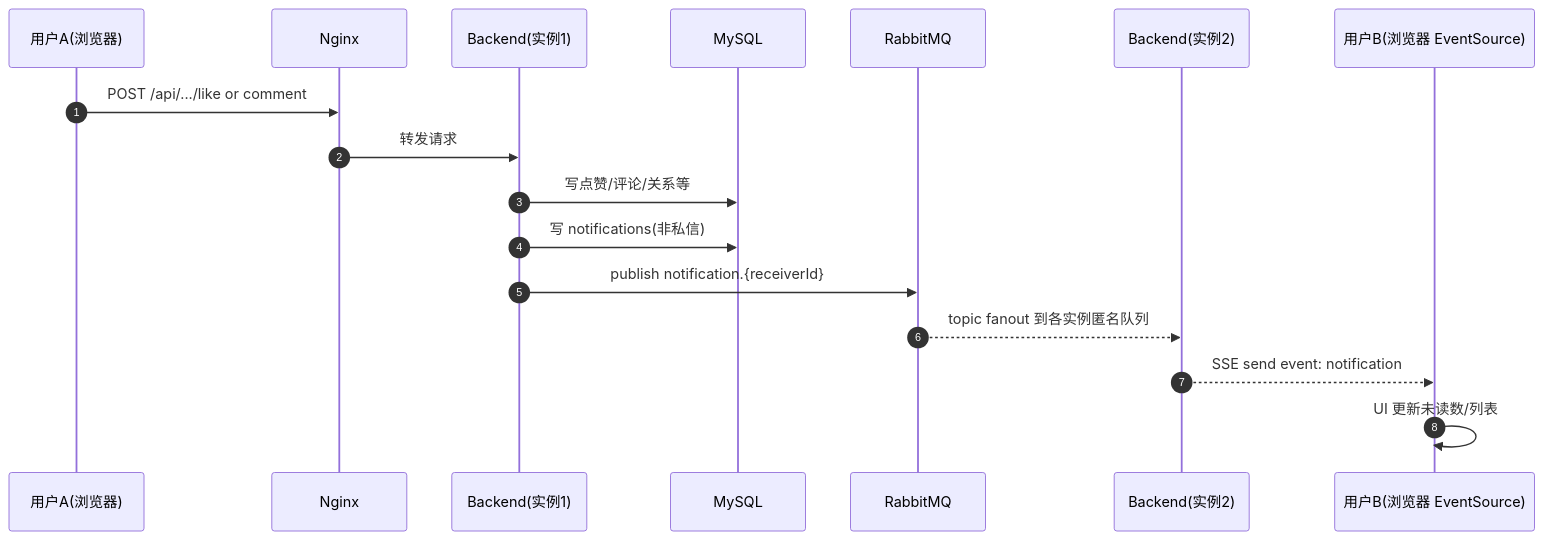
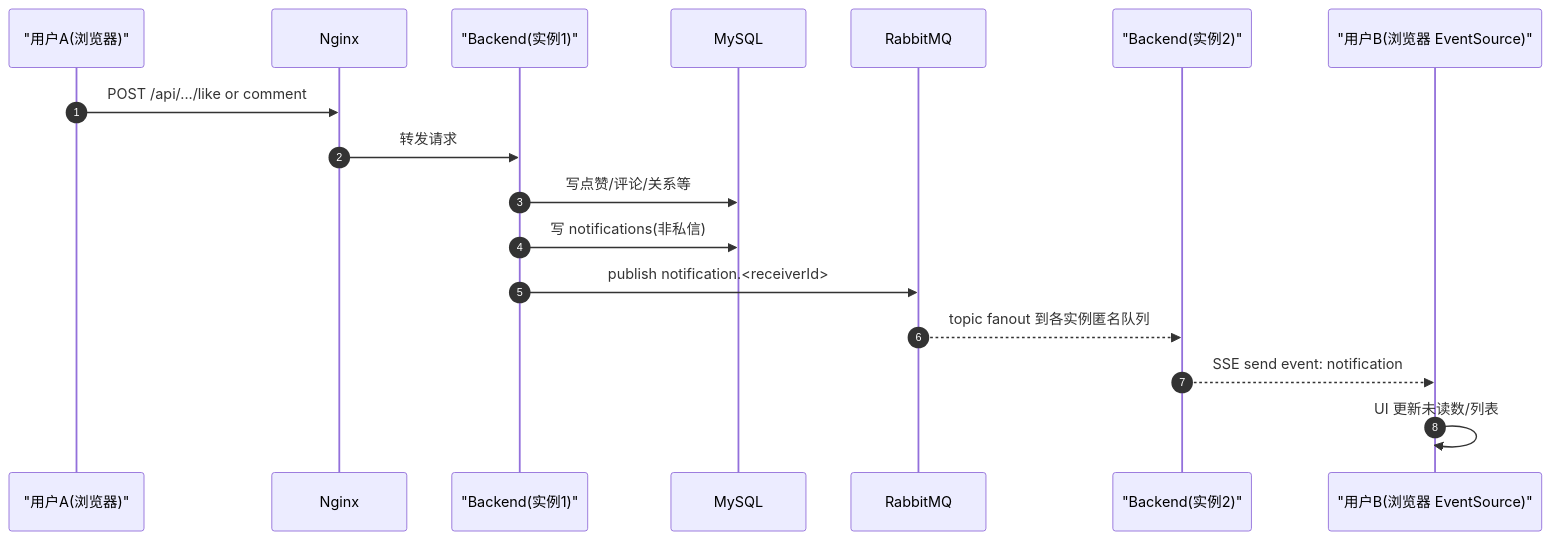
Before and after one commit to KirisameMarisa0602/PenRoseBlog: the second of 5 diagrams in doc/系统设计文档.md, drawn with Mermaid. The commit also changed other lines of this file, not shown here.

Commit message:
修改视图设计

````diff
--- a/doc/系统设计文档.md
+++ b/doc/系统设计文档.md
@@ -505,20 +506,20 @@
 ```mermaid
 sequenceDiagram
   autonumber
-  participant U as 用户A(浏览器)
+  participant U as "用户A(浏览器)"
   participant N as Nginx
-  participant B as Backend(实例1)
+  participant B as "Backend(实例1)"
   participant DB as MySQL
   participant MQ as RabbitMQ
-  participant B2 as Backend(实例2)
-  participant S as 用户B(浏览器 EventSource)
+  participant B2 as "Backend(实例2)"
+  participant S as "用户B(浏览器 EventSource)"
 
   U->>N: POST /api/.../like or comment
   N->>B: 转发请求
   B->>DB: 写点赞/评论/关系等
   B->>DB: 写 notifications(非私信)
-  B->>MQ: publish notification.{receiverId}
+  B->>MQ: publish notification.<receiverId>
   MQ-->>B2: topic fanout 到各实例匿名队列
   B2-->>S: SSE send event: notification
   S->>S: UI 更新未读数/列表
 ```
````
